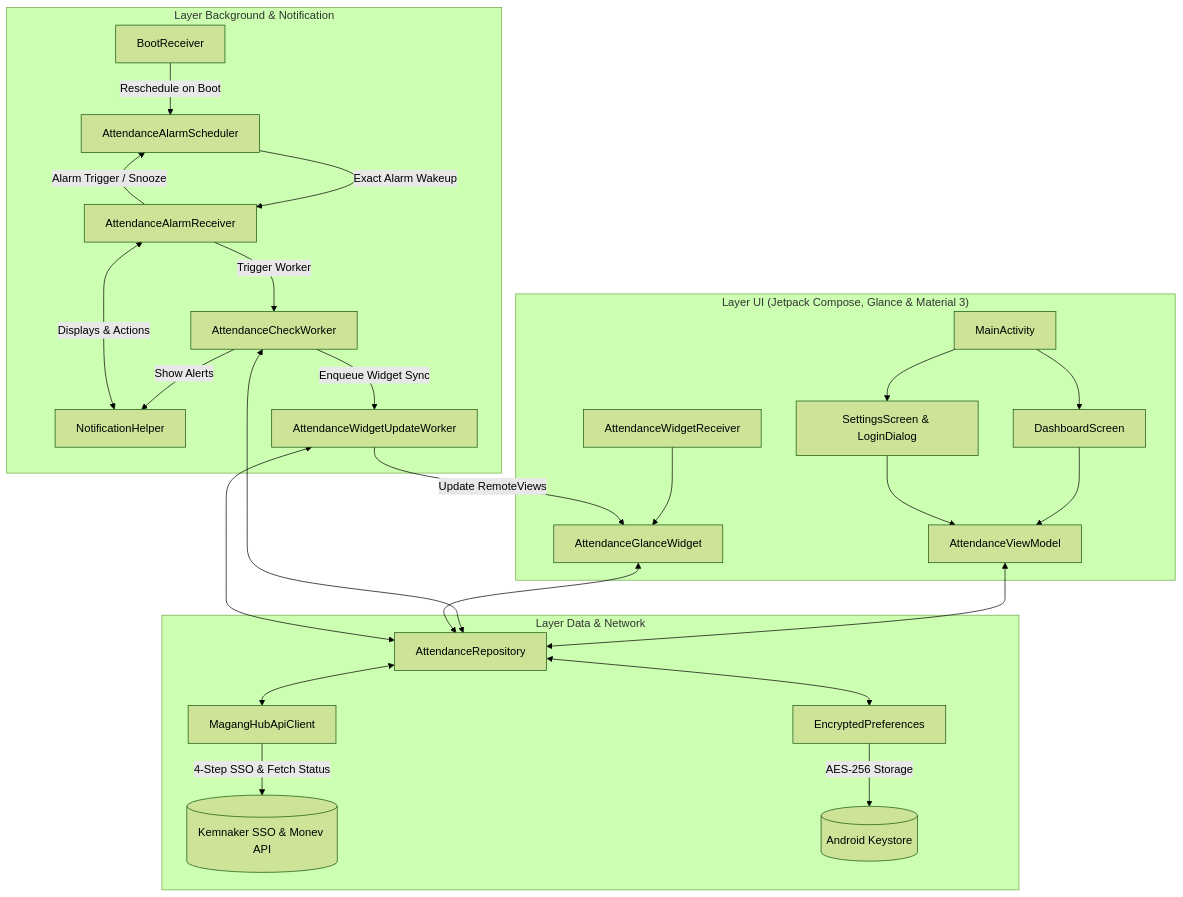
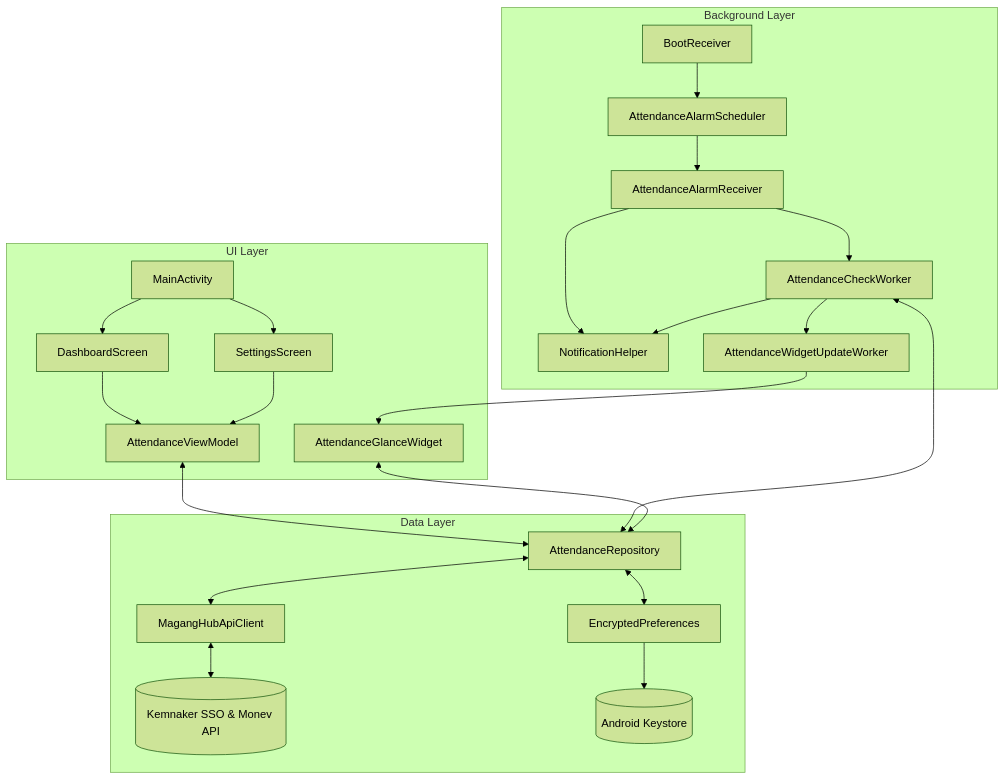
The diagram in README.md (Churma16/maganghub-android), drawn with Mermaid (forest theme) before and after one commit. The commit also changed other lines of this file, not shown here.

````diff
--- a/README.md
+++ b/README.md
@@ -126,32 +185,45 @@
 ```mermaid
 flowchart TD
-    subgraph UI ["Layer UI (Jetpack Compose, Glance & Material 3)"]
-        A[MainActivity] --> B[DashboardScreen]
-        A --> C[SettingsScreen & LoginDialog]
-        B --> D[AttendanceViewModel]
+    subgraph UI["UI Layer"]
+        A[MainActivity]
+        B[DashboardScreen]
+        C[SettingsScreen]
+        D[AttendanceViewModel]
+        W[AttendanceGlanceWidget]
+        A --> B
+        A --> C
+        B --> D
         C --> D
-        W1[AttendanceWidgetReceiver] --> W2[AttendanceGlanceWidget]
     end
 
-    subgraph Background ["Layer Background & Notification"]
-        E[BootReceiver] -->|Reschedule on Boot| G[AttendanceAlarmScheduler]
-        F[AttendanceAlarmReceiver] -->|Alarm Trigger / Snooze| G
-        G -->|Exact Alarm Wakeup| F
-        F -->|Trigger Worker| H[AttendanceCheckWorker]
-        I[NotificationHelper] <-- Displays & Actions --> F
-        H -->|Show Alerts| I
-        H -->|Enqueue Widget Sync| W3[AttendanceWidgetUpdateWorker]
-        W3 -->|Update RemoteViews| W2
+    subgraph Background["Background Layer"]
+        E[BootReceiver]
+        F[AttendanceAlarmReceiver]
+        G[AttendanceAlarmScheduler]
+        H[AttendanceCheckWorker]
+        I[NotificationHelper]
+        J[AttendanceWidgetUpdateWorker]
+        E --> G
+        G --> F
+        F --> H
+        F --> I
+        H --> I
+        H --> J
+        J --> W
     end
 
-    subgraph Data ["Layer Data & Network"]
-        D <--> J[AttendanceRepository]
-        H <--> J
-        W2 <--> J
-        W3 <--> J
-        J <--> K[MagangHubApiClient]
-        J <--> L[EncryptedPreferences]
-        K -->|4-Step SSO & Fetch Status| M[(Kemnaker SSO & Monev API)]
-        L -->|AES-256 Storage| N[(Android Keystore)]
+    subgraph Data["Data Layer"]
+        K[AttendanceRepository]
+        L[MagangHubApiClient]
+        M[EncryptedPreferences]
+        N[(Kemnaker SSO & Monev API)]
+        O[(Android Keystore)]
+        D <--> K
+        H <--> K
+        W <--> K
+        K <--> L
+        K <--> M
+        L <--> N
+        M --> O
     end
 ```
````
